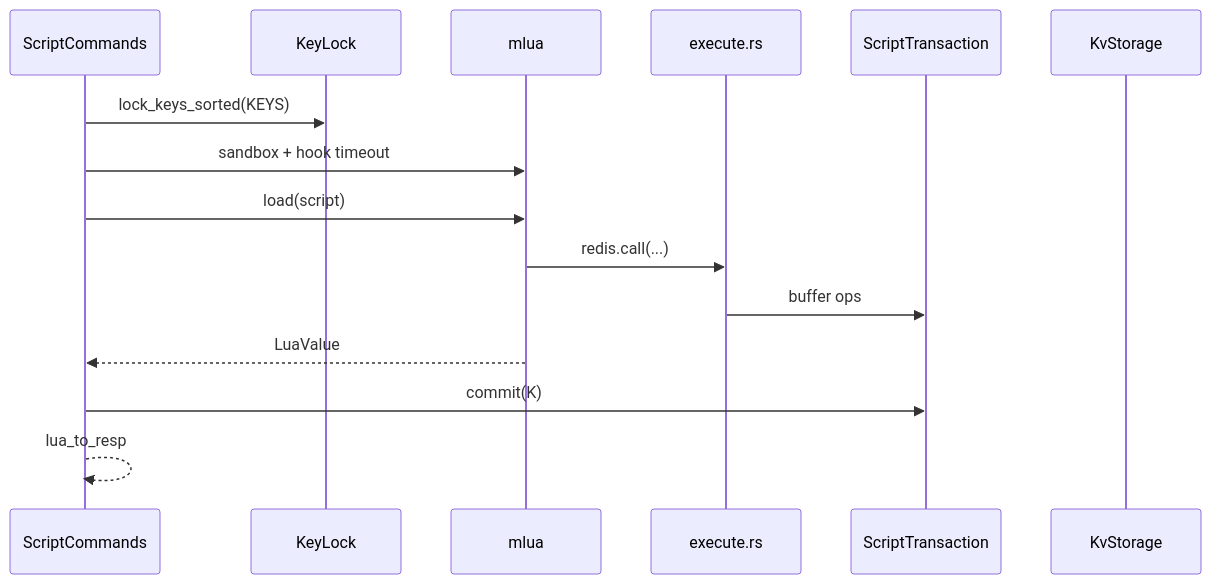
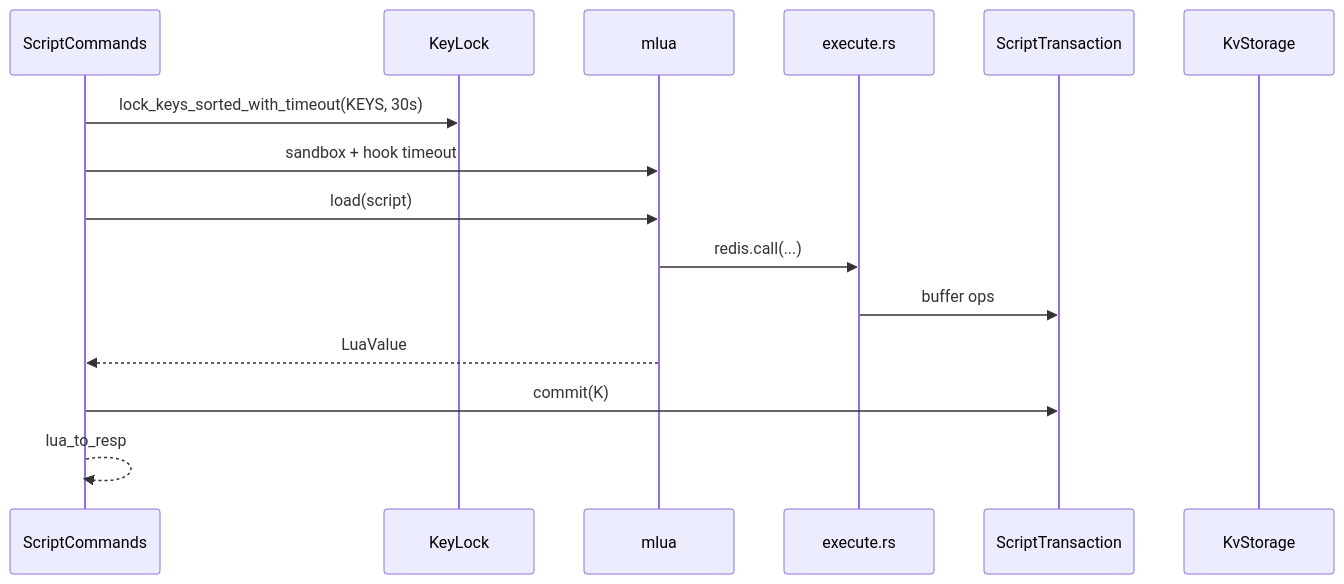
One commit to Genuineh/AiKv changed the third of 3 diagrams in docs/modules/commands-extended.md. Above: the diagram before and after it, drawn with Mermaid. The commit also changed other lines of this file and 7 other files, not shown here.

````diff
--- a/docs/modules/commands-extended.md
+++ b/docs/modules/commands-extended.md
@@ -112,18 +112,18 @@
 ```mermaid
 sequenceDiagram
   participant S as ScriptCommands
   participant L as KeyLock
   participant VM as mlua
   participant E as execute.rs
   participant T as ScriptTransaction
   participant K as KvStorage
 
-  S->>L: lock_keys_sorted(KEYS)
+  S->>L: lock_keys_sorted_with_timeout(KEYS, 30s)
   S->>VM: sandbox + hook timeout
   S->>VM: load(script)
   VM->>E: redis.call(...)
   E->>T: buffer ops
   VM-->>S: LuaValue
   S->>T: commit(K)
   S-->>S: lua_to_resp
 ```
````
